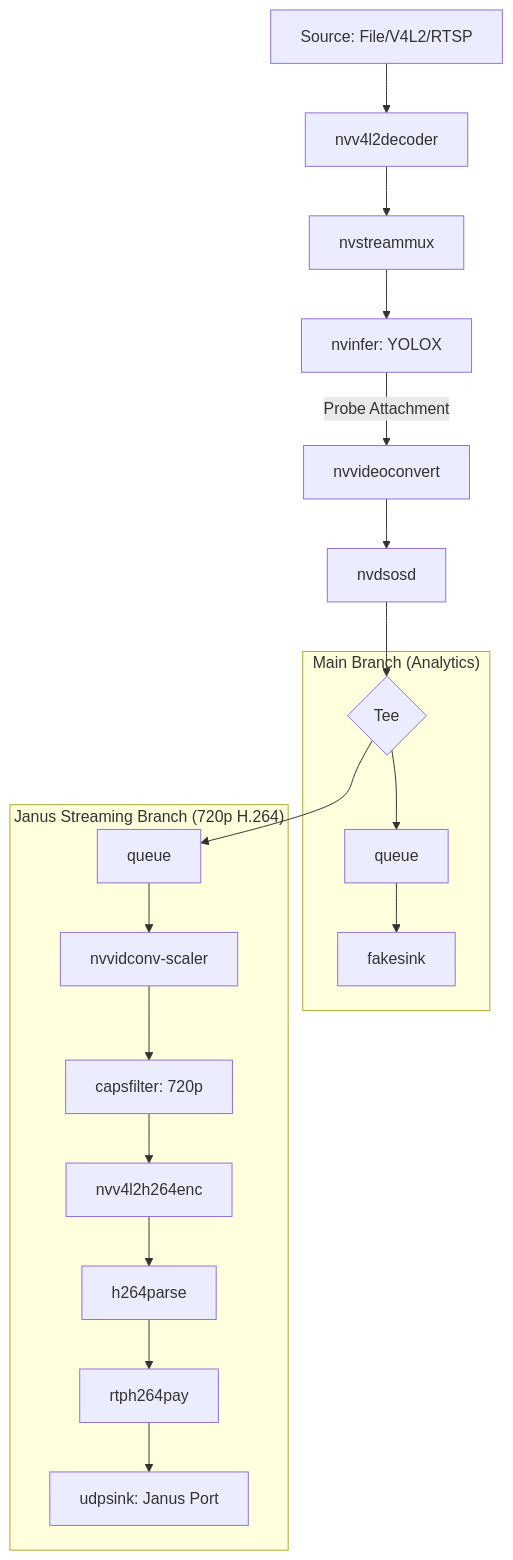
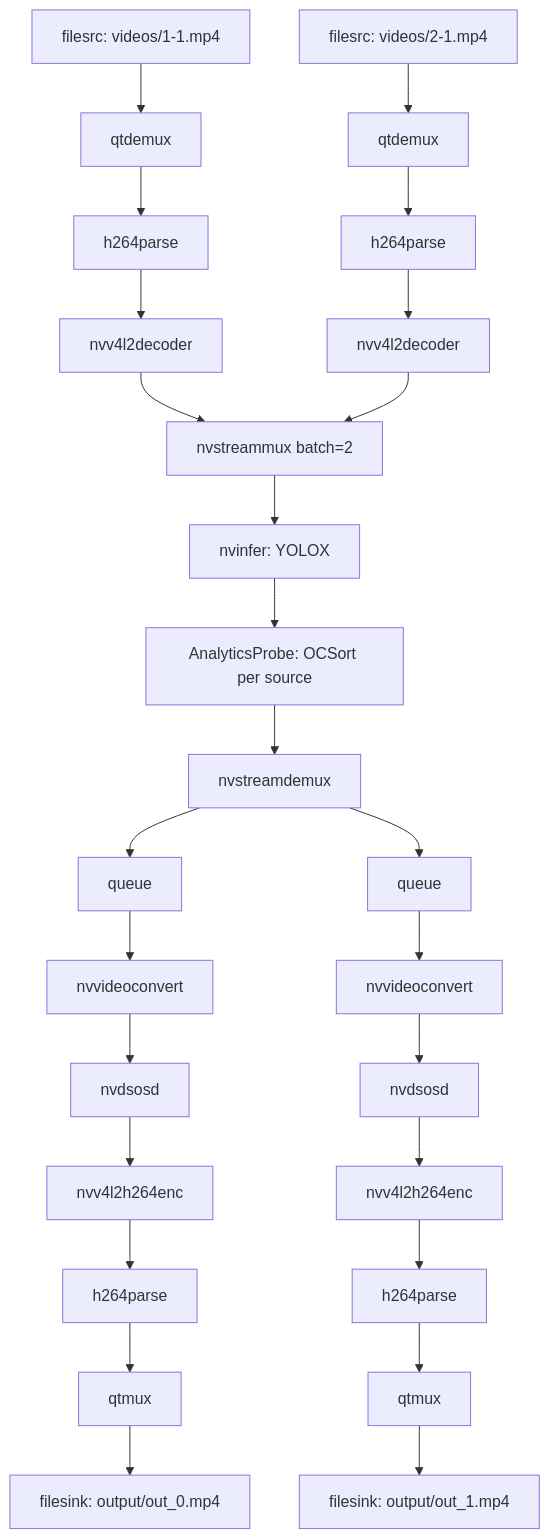
One commit to hoangphihung2004/IMP_Multi_Object_Tracking_across_Cameras changed the diagram in ai_core/services/pipeline/Pipeline_README.md. Above: the diagram before and after it, drawn with Mermaid. The commit also changed other lines of this file and 8 other files, not shown here.

````diff
--- a/ai_core/services/pipeline/Pipeline_README.md
+++ b/ai_core/services/pipeline/Pipeline_README.md
@@ -10,24 +18,32 @@
 ```mermaid
 graph TD
-    Src[Source: File/V4L2/RTSP] --> Dec[nvv4l2decoder]
-    Dec --> Mux[nvstreammux]
+    Src0[filesrc: videos/1-1.mp4] --> Demux0[qtdemux]
+    Demux0 --> Parse0[h264parse]
+    Parse0 --> Dec0[nvv4l2decoder]
+
+    Src1[filesrc: videos/2-1.mp4] --> Demux1[qtdemux]
+    Demux1 --> Parse1[h264parse]
+    Parse1 --> Dec1[nvv4l2decoder]
+
+    Dec0 --> Mux[nvstreammux batch=2]
+    Dec1 --> Mux
     Mux --> Infer[nvinfer: YOLOX]
-    Infer -->|Probe Attachment| Conv1[nvvideoconvert]
-    Conv1 --> OSD[nvdsosd]
-    OSD --> Tee{Tee}
+    Infer --> Probe[AnalyticsProbe: OCSort per source]
+    Probe --> StreamDemux[nvstreamdemux]
 
-    subgraph "Main Branch (Analytics)"
-        Tee --> Q1[queue]
-        Q1 --> Sink[fakesink]
-    end
+    StreamDemux --> Q0[queue]
+    Q0 --> Conv0[nvvideoconvert]
+    Conv0 --> OSD0[nvdsosd]
+    OSD0 --> Enc0[nvv4l2h264enc]
+    Enc0 --> OutParse0[h264parse]
+    OutParse0 --> Mux0[qtmux]
+    Mux0 --> Sink0[filesink: output/out_0.mp4]
 
-    subgraph "Janus Streaming Branch (720p H.264)"
-        Tee --> Q2[queue]
-        Q2 --> Scale[nvvidconv-scaler]
-        Scale --> Caps[capsfilter: 720p]
-        Caps --> Enc[nvv4l2h264enc]
-        Enc --> Parse[h264parse]
-        Parse --> Pay[rtph264pay]
-        Pay --> UDP[udpsink: Janus Port]
-    end
+    StreamDemux --> Q1[queue]
+    Q1 --> Conv1[nvvideoconvert]
+    Conv1 --> OSD1[nvdsosd]
+    OSD1 --> Enc1[nvv4l2h264enc]
+    Enc1 --> OutParse1[h264parse]
+    OutParse1 --> Mux1[qtmux]
+    Mux1 --> Sink1[filesink: output/out_1.mp4]
 ```
````
